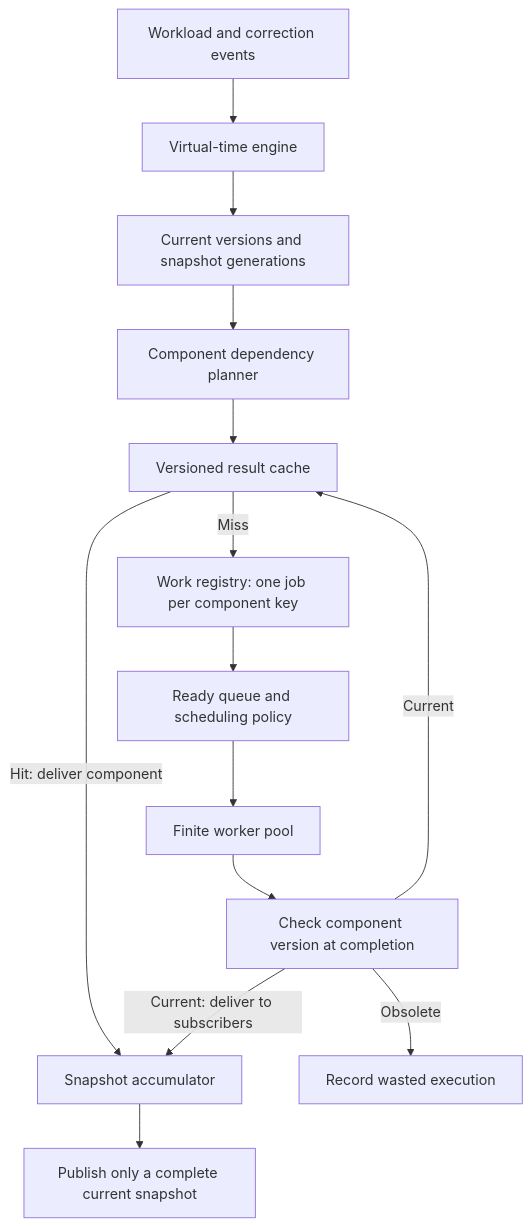
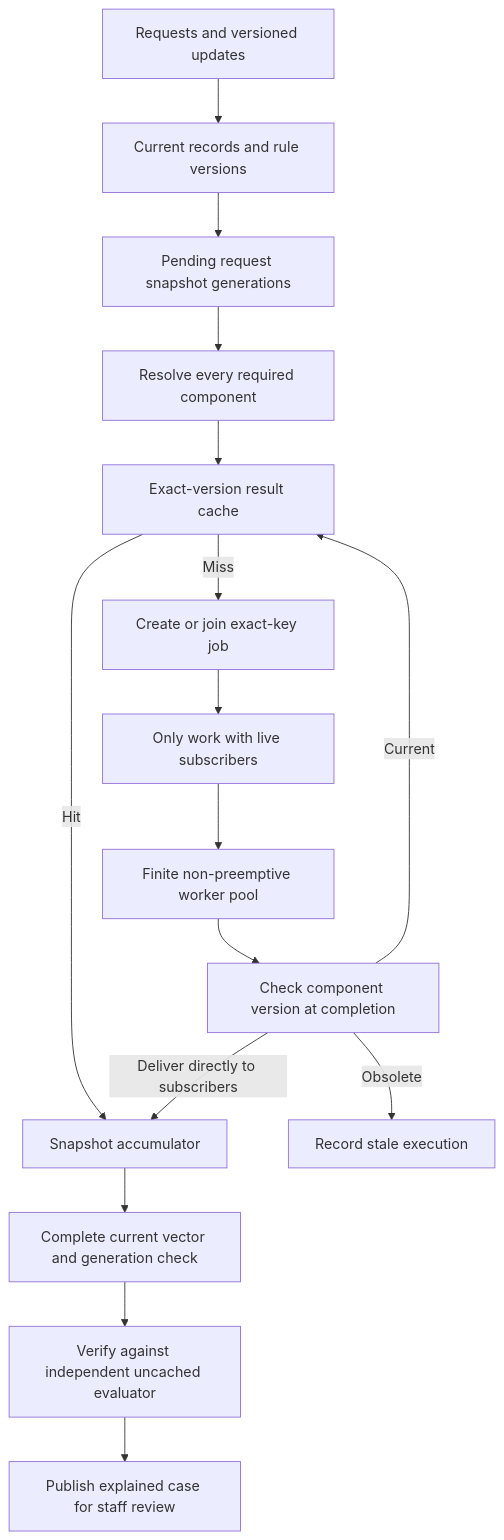
One commit to AdvayV/ServerLess-Arch changed the second of 2 diagrams in ARCHITECTURE.md. Above: the diagram before and after it, drawn with Mermaid. The commit also changed other lines of this file and 16 other files, not shown here.

````diff
--- a/ARCHITECTURE.md
+++ b/ARCHITECTURE.md
@@ -109,16 +120,18 @@
 ```mermaid
 flowchart TD
-    Trace[Workload and correction events] --> Engine[Virtual-time engine]
-    Engine --> Versions[Current versions and snapshot generations]
-    Versions --> Planner[Component dependency planner]
-    Planner --> Cache[Versioned result cache]
-    Cache -->|Hit: deliver component| Aggregate[Snapshot accumulator]
-    Cache -->|Miss| Inflight[Work registry: one job per component key]
-    Inflight --> Queue[Ready queue and scheduling policy]
-    Queue --> Workers[Finite worker pool]
+    Events[Requests and versioned updates] --> Versions[Current records and rule versions]
+    Versions --> Targets[Pending request snapshot generations]
+    Targets --> Plan[Resolve every required component]
+    Plan --> Cache[Exact-version result cache]
+    Cache -->|Hit| Values[Snapshot accumulator]
+    Cache -->|Miss| Registry[Create or join exact-key job]
+    Registry --> Queue[Only work with live subscribers]
+    Queue --> Workers[Finite non-preemptive worker pool]
     Workers --> Gate[Check component version at completion]
     Gate -->|Current| Cache
-    Gate -->|Current: deliver to subscribers| Aggregate
-    Gate -->|Obsolete| Waste[Record wasted execution]
-    Aggregate --> Publish[Publish only a complete current snapshot]
+    Gate -->|Deliver directly to subscribers| Values
+    Gate -->|Obsolete| Discard[Record stale execution]
+    Values --> Publish[Complete current vector and generation check]
+    Publish --> Oracle[Verify against independent uncached evaluator]
+    Oracle --> Review[Publish explained case for staff review]
 ```
````
